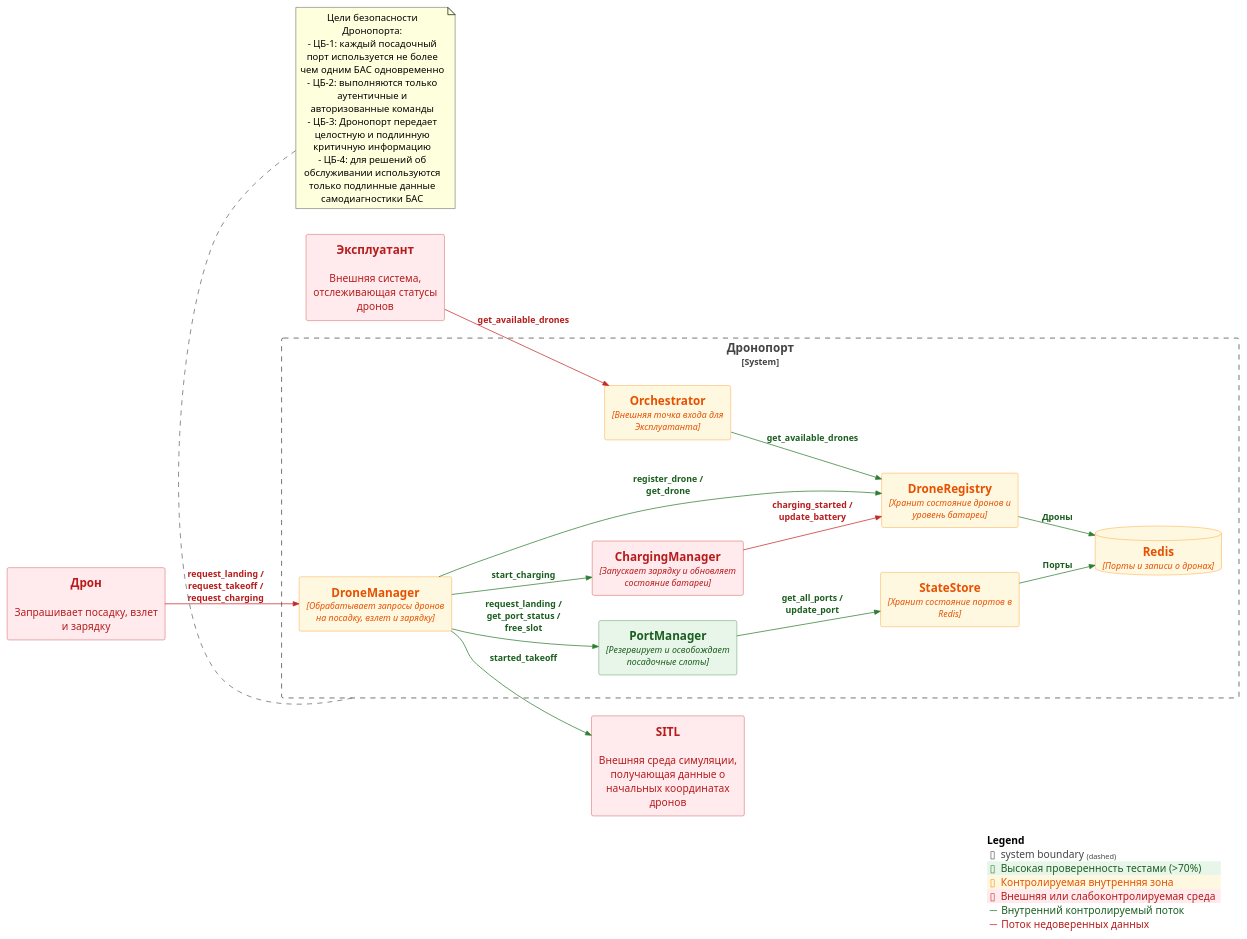
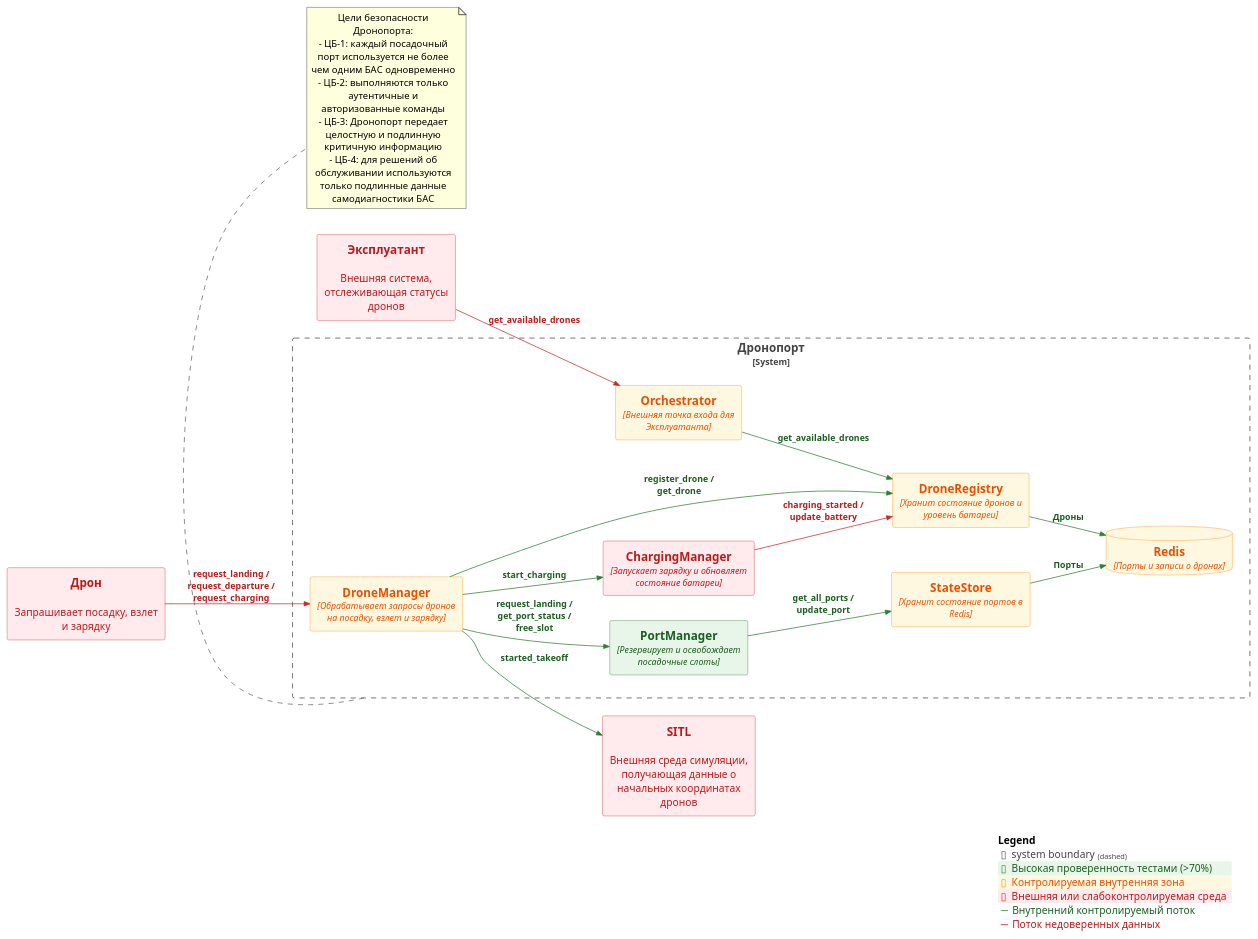
One commit to Kaitrye/DronePortGCS changed the diagram in systems/drone_port/docs/C4_Containers_Trust.puml. Above: the diagram before and after it, drawn with PlantUML. The commit also changed 46 other files, not shown here.

```diff
--- a/systems/drone_port/docs/C4_Containers_Trust.puml
+++ b/systems/drone_port/docs/C4_Containers_Trust.puml
@@ -1,50 +1,50 @@
 @startuml
 !include https://raw.githubusercontent.com/plantuml-stdlib/C4-PlantUML/master/C4_Container.puml
 LAYOUT_LEFT_RIGHT()
 
 AddElementTag("trusted", $bgColor="#E8F5E9", $fontColor="#1B5E20", $borderColor="#2E7D32", $legendText="Высокая проверенность тестами (>70%)")
 AddElementTag("controlled", $bgColor="#FFF8E1", $fontColor="#E65100", $borderColor="#FB8C00", $legendText="Контролируемая внутренняя зона")
 AddElementTag("untrusted", $bgColor="#FFEBEE", $fontColor="#B71C1C", $borderColor="#C62828", $legendText="Внешняя или слабоконтролируемая среда")
 
 AddRelTag("trusted_flow", $textColor="#1B5E20", $lineColor="#2E7D32", $legendText="Внутренний контролируемый поток")
 AddRelTag("external_flow", $textColor="#B71C1C", $lineColor="#C62828", $legendText="Поток недоверенных данных")
 
 System_Ext(operator_system, "Эксплуатант", "Внешняя система, отслеживающая статусы дронов", $tags="untrusted")
 System_Ext(drone, "Дрон", "Запрашивает посадку, взлет и зарядку", $tags="untrusted")
 System_Ext(sitl, "SITL", "Внешняя среда симуляции, получающая данные о начальных координатах дронов", $tags="untrusted")
 
 System_Boundary(drone_port, "Дронопорт") {
   Container(orchestrator, "Orchestrator", "Внешняя точка входа для Эксплуатанта", $tags="controlled")
   Container(drone_manager, "DroneManager", "Обрабатывает запросы дронов на посадку, взлет и зарядку", $tags="controlled")
   Container(drone_registry, "DroneRegistry", "Хранит состояние дронов и уровень батареи", $tags="controlled")
   Container(port_manager, "PortManager", "Резервирует и освобождает посадочные слоты", $tags="trusted")
   Container(charging_manager, "ChargingManager", "Запускает зарядку и обновляет состояние батареи", $tags="untrusted")
   Container(state_store, "StateStore", "Хранит состояние портов в Redis", $tags="controlled")
   ContainerDb(redis, "Redis", "Порты и записи о дронах", $tags="controlled")
 }
 
 Rel(operator_system, orchestrator, "get_available_drones", $tags="external_flow")
 Rel(orchestrator, drone_registry, "get_available_drones", $tags="trusted_flow")
 
-Rel(drone, drone_manager, "request_landing / request_takeoff / request_charging", $tags="external_flow")
+Rel(drone, drone_manager, "request_landing / request_departure / request_charging", $tags="external_flow")
 Rel(drone_manager, sitl, "started_takeoff", $tags="trusted_flow")
 
 Rel(drone_manager, port_manager, "request_landing / get_port_status / free_slot", $tags="trusted_flow")
 Rel(drone_manager, drone_registry, "register_drone / get_drone", $tags="trusted_flow")
 Rel(drone_manager, charging_manager, "start_charging", $tags="trusted_flow")
 Rel(charging_manager, drone_registry, "charging_started / update_battery", $tags="external_flow")
 
 Rel(port_manager, state_store, "get_all_ports / update_port", $tags="trusted_flow")
 Rel(state_store, redis, "Порты", $tags="trusted_flow")
 Rel(drone_registry, redis, "Дроны", $tags="trusted_flow")
 
 note bottom of drone_port
   Цели безопасности Дронопорта:
   - ЦБ-1: каждый посадочный порт используется не более чем одним БАС одновременно
   - ЦБ-2: выполняются только аутентичные и авторизованные команды
   - ЦБ-3: Дронопорт передает целостную и подлинную критичную информацию
   - ЦБ-4: для решений об обслуживании используются только подлинные данные самодиагностики БАС
 end note
 
 SHOW_LEGEND()
 @enduml
```
